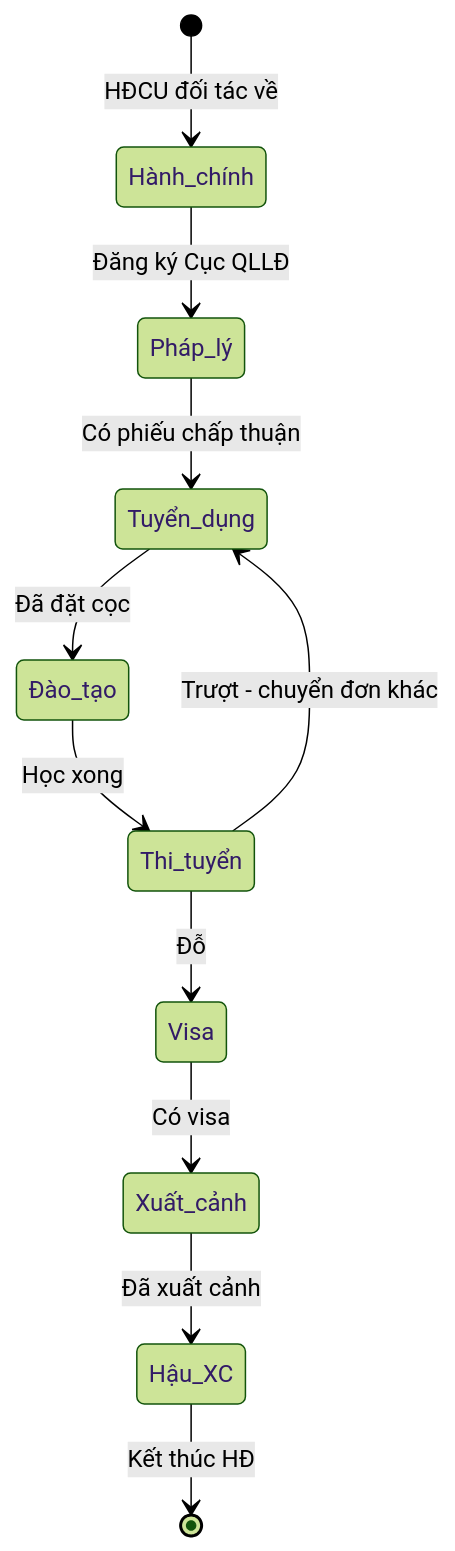
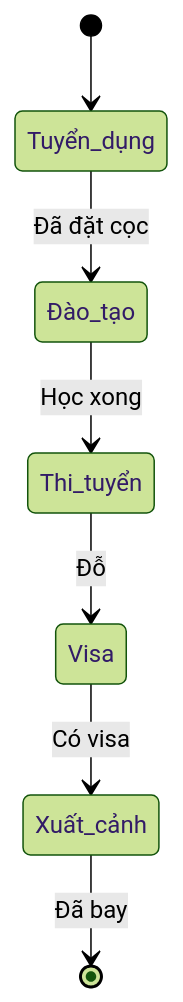
Before and after one commit to TungND2k2/xhr_demo: the second of 3 diagrams in docs/phuong-an-cho-khach.md, drawn with Mermaid (forest theme). The commit also changed other lines of this file and 4 other files, not shown here.

````diff
--- a/docs/phuong-an-cho-khach.md
+++ b/docs/phuong-an-cho-khach.md
@@ -223,13 +83,9 @@
 ```mermaid
 stateDiagram-v2
-    [*] --> Hành_chính: HĐCU đối tác về
-    Hành_chính --> Pháp_lý: Đăng ký Cục QLLĐ
-    Pháp_lý --> Tuyển_dụng: Có phiếu chấp thuận
+    [*] --> Tuyển_dụng
     Tuyển_dụng --> Đào_tạo: Đã đặt cọc
     Đào_tạo --> Thi_tuyển: Học xong
     Thi_tuyển --> Visa: Đỗ
-    Thi_tuyển --> Tuyển_dụng: Trượt - chuyển đơn khác
     Visa --> Xuất_cảnh: Có visa
-    Xuất_cảnh --> Hậu_XC: Đã xuất cảnh
-    Hậu_XC --> [*]: Kết thúc HĐ
+    Xuất_cảnh --> [*]: Đã bay
 ```
````
